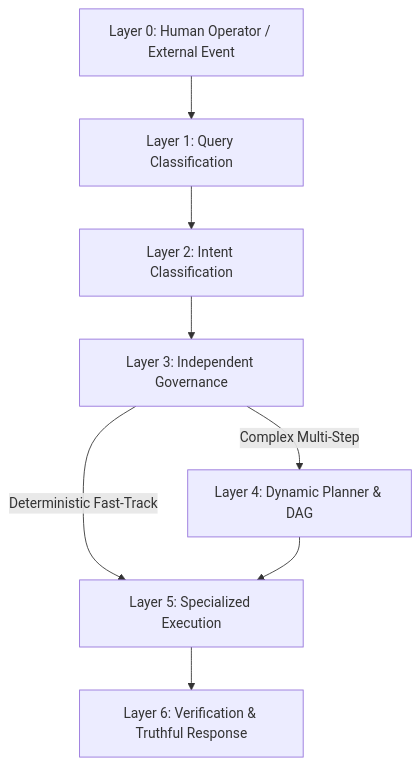
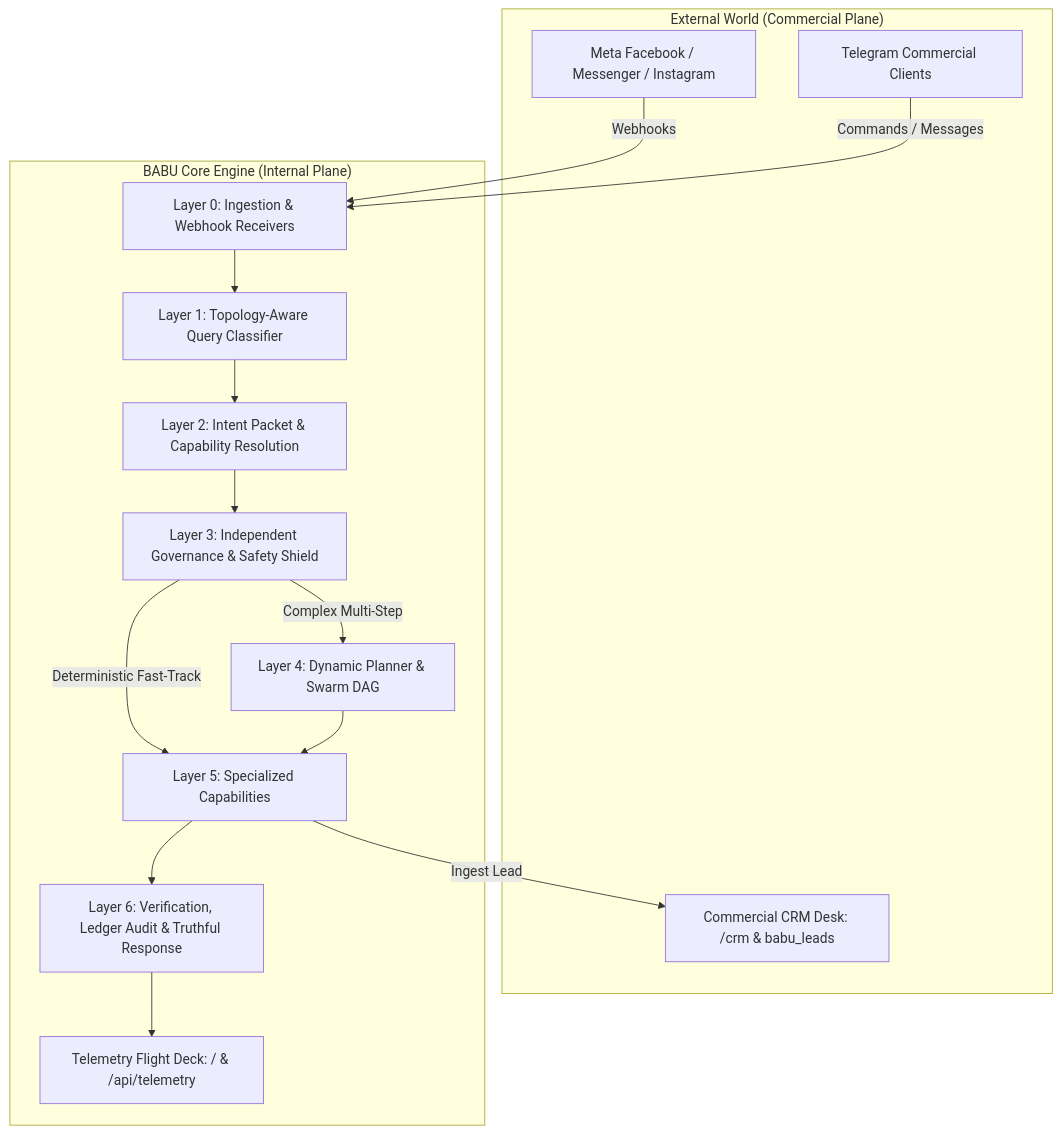
Before and after one commit to ssoni4751/BABU: the diagram in babu/BABU_VISION_PLAN_2026.md, drawn with Mermaid. The commit also changed other lines of this file and 7 other files, not shown here.

Commit message:
docs: update Vision Plan 2026, ADR Book v7 (ADR-096 to 098), SII, and Execution Flow for Independent CRM Subsystem

````diff
--- a/babu/BABU_VISION_PLAN_2026.md
+++ b/babu/BABU_VISION_PLAN_2026.md
@@ -26,10 +26,23 @@
 ```mermaid
 graph TD
-    L0[Layer 0: Human Operator / External Event] --> L1[Layer 1: Query Classification]
-    L1 --> L2[Layer 2: Intent Classification]
-    L2 --> L3[Layer 3: Independent Governance]
-    L3 -->|Deterministic Fast-Track| L5[Layer 5: Specialized Execution]
-    L3 -->|Complex Multi-Step| L4[Layer 4: Dynamic Planner & DAG]
-    L4 --> L5
-    L5 --> L6[Layer 6: Verification & Truthful Response]
+    subgraph "External World (Commercial Plane)"
+        FB[Meta Facebook / Messenger / Instagram]
+        TG[Telegram Commercial Clients]
+        CRM[Commercial CRM Desk: /crm & babu_leads]
+    end
+
+    subgraph "BABU Core Engine (Internal Plane)"
+        L0[Layer 0: Ingestion & Webhook Receivers] --> L1[Layer 1: Topology-Aware Query Classifier]
+        L1 --> L2[Layer 2: Intent Packet & Capability Resolution]
+        L2 --> L3[Layer 3: Independent Governance & Safety Shield]
+        L3 -->|Deterministic Fast-Track| L5[Layer 5: Specialized Capabilities]
+        L3 -->|Complex Multi-Step| L4[Layer 4: Dynamic Planner & Swarm DAG]
+        L4 --> L5
+        L5 --> L6[Layer 6: Verification, Ledger Audit & Truthful Response]
+        L6 --> TEL[Telemetry Flight Deck: / & /api/telemetry]
+    end
+
+    FB -->|Webhooks| L0
+    TG -->|Commands / Messages| L0
+    L5 -->|Ingest Lead| CRM
 ```
````
